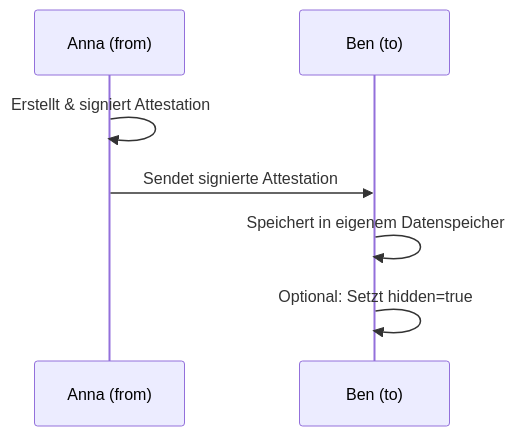
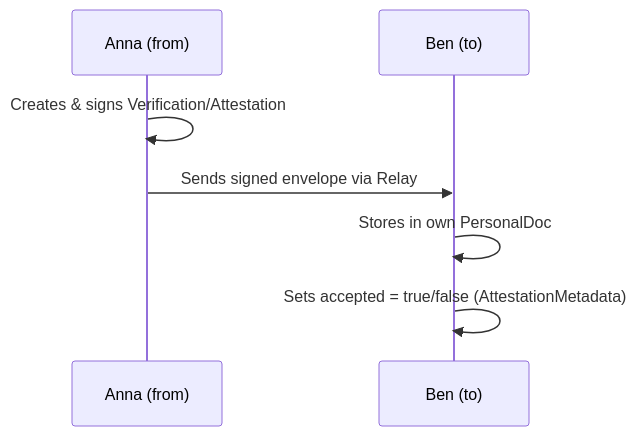
One commit to IT4Change/web-of-trust changed the second of 7 diagrams in docs/architecture/entities.md. Above: the diagram before and after it, drawn with Mermaid. The commit also changed other lines of this file and 9 other files, not shown here.

````diff
--- a/docs/architecture/entities.md
+++ b/docs/architecture/entities.md
@@ -113,10 +128,10 @@
 ```mermaid
 sequenceDiagram
     participant A as Anna (from)
     participant B as Ben (to)
 
-    A->>A: Erstellt & signiert Attestation
-    A->>B: Sendet signierte Attestation
-    B->>B: Speichert in eigenem Datenspeicher
-    B->>B: Optional: Setzt hidden=true
+    A->>A: Creates & signs Verification/Attestation
+    A->>B: Sends signed envelope via Relay
+    B->>B: Stores in own PersonalDoc
+    B->>B: Sets accepted = true/false (AttestationMetadata)
 ```
````
